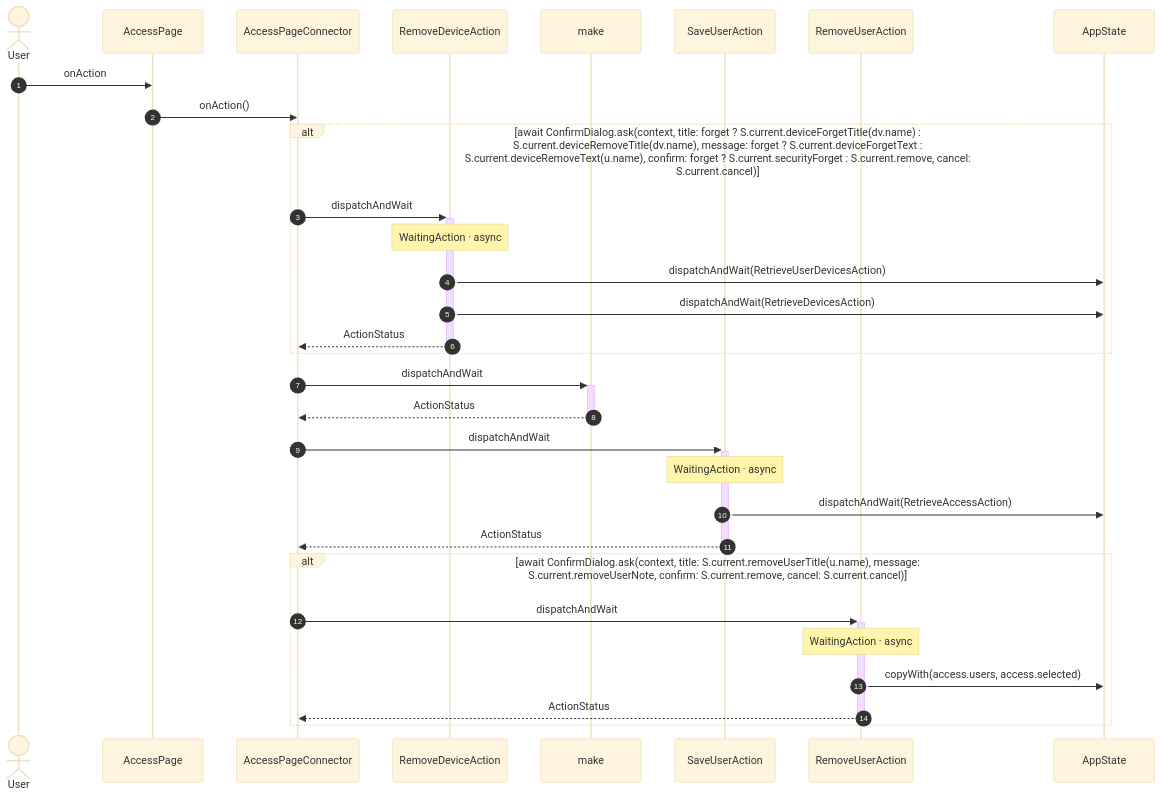
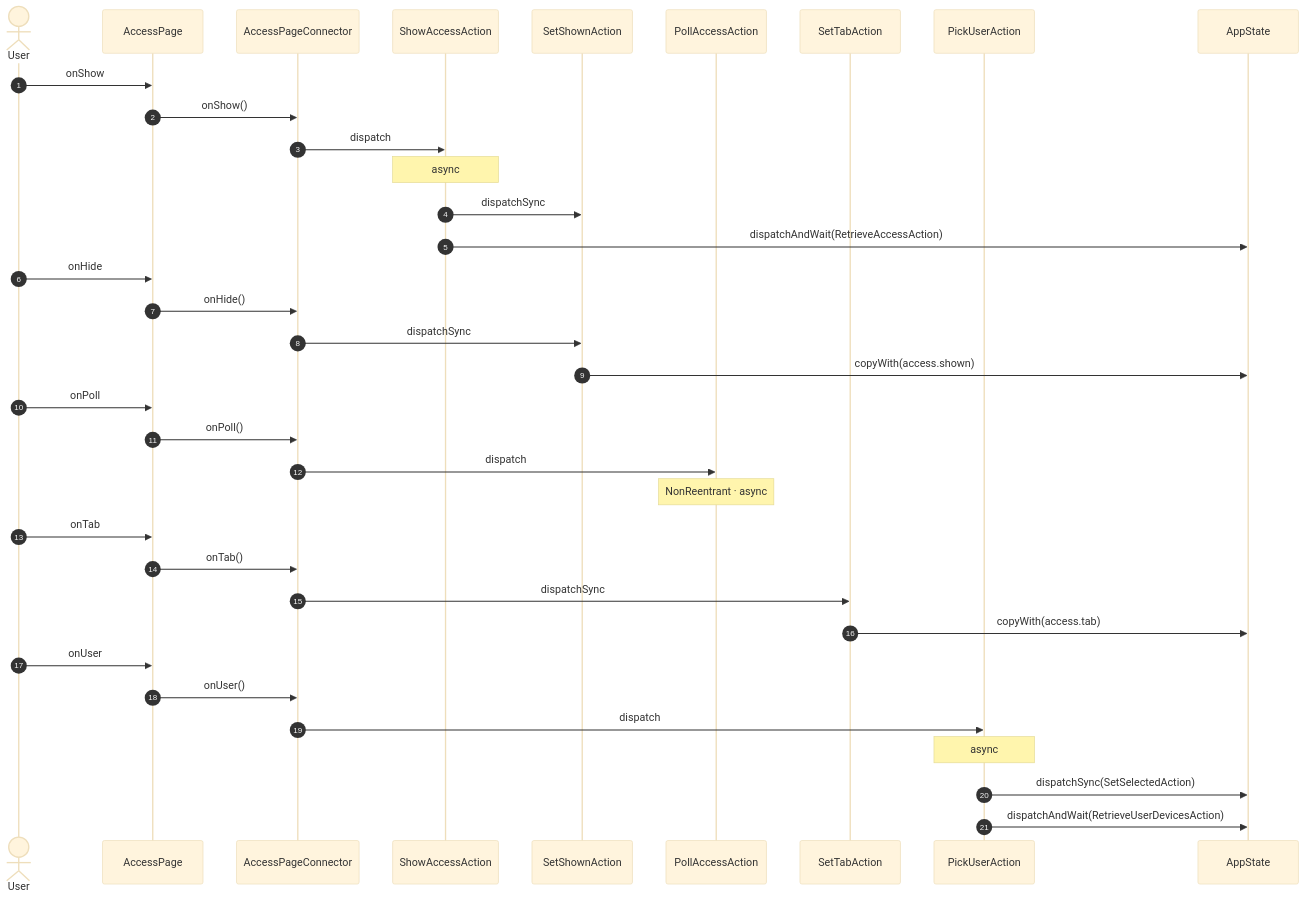
The diagram in studio/docs/flows/access.md (gencto/wyrm), drawn with Mermaid (base theme) before and after one commit. The commit also changed other lines of this file and 28 other files, not shown here.

````diff
--- a/studio/docs/flows/access.md
+++ b/studio/docs/flows/access.md
@@ -105,34 +7,42 @@
 ```mermaid
 sequenceDiagram
     autonumber
     actor User
     participant UI as AccessPage
     participant VM as AccessPageConnector
-    participant A1 as RemoveDeviceAction
-    participant A2 as make
-    participant A3 as SaveUserAction
-    participant A4 as RemoveUserAction
+    participant A1 as ShowAccessAction
+    participant A2 as SetShownAction
+    participant A3 as PollAccessAction
+    participant A4 as SetTabAction
+    participant A5 as PickUserAction
     participant ST as AppState
 
-    User->>UI: onAction
-    UI->>VM: onAction()
-    alt await ConfirmDialog.ask(context, title: forget ? S.current.deviceForgetTitle(dv.name) : S.current.deviceRemoveTitle(dv.name), message: forget ? S.current.deviceForgetText : S.current.deviceRemoveText(u.name), confirm: forget ? S.current.securityForget : S.current.remove, cancel: S.current.cancel)
-        VM->>+A1: dispatchAndWait
-        Note over A1: WaitingAction · async
-        A1->>ST: dispatchAndWait(RetrieveUserDevicesAction)
-        A1->>ST: dispatchAndWait(RetrieveDevicesAction)
-        A1-->>-VM: ActionStatus
-    end
-    VM->>+A2: dispatchAndWait
-    A2-->>-VM: ActionStatus
-    VM->>+A3: dispatchAndWait
-    Note over A3: WaitingAction · async
-    A3->>ST: dispatchAndWait(RetrieveAccessAction)
-    A3-->>-VM: ActionStatus
-    alt await ConfirmDialog.ask(context, title: S.current.removeUserTitle(u.name), message: S.current.removeUserNote, confirm: S.current.remove, cancel: S.current.cancel)
-        VM->>+A4: dispatchAndWait
-        Note over A4: WaitingAction · async
-        A4->>ST: copyWith(access.users, access.selected)
-        A4-->>-VM: ActionStatus
-    end
+    User->>UI: onShow
+    UI->>VM: onShow()
+    VM->>A1: dispatch
+    Note over A1: async
+    A1->>A2: dispatchSync
+    A1->>ST: dispatchAndWait(RetrieveAccessAction)
+
+    User->>UI: onHide
+    UI->>VM: onHide()
+    VM->>A2: dispatchSync
+    A2->>ST: copyWith(access.shown)
+
+    User->>UI: onPoll
+    UI->>VM: onPoll()
+    VM->>A3: dispatch
+    Note over A3: NonReentrant · async
+
+    User->>UI: onTab
+    UI->>VM: onTab()
+    VM->>A4: dispatchSync
+    A4->>ST: copyWith(access.tab)
+
+    User->>UI: onUser
+    UI->>VM: onUser()
+    VM->>A5: dispatch
+    Note over A5: async
+    A5->>ST: dispatchSync(SetSelectedAction)
+    A5->>ST: dispatchAndWait(RetrieveUserDevicesAction)
 ```
````
